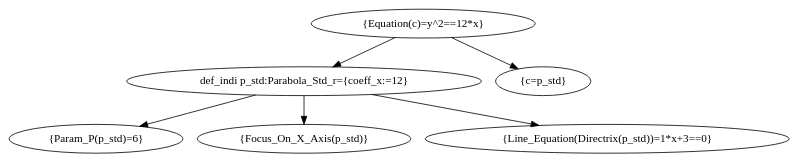
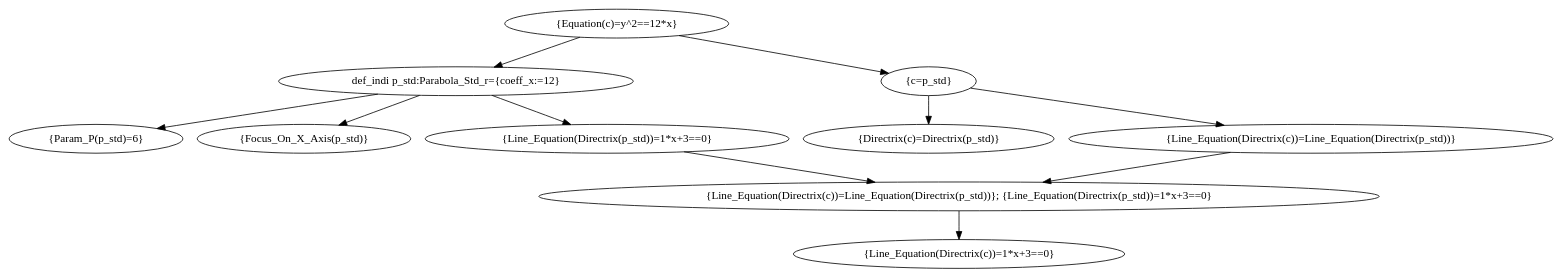
One commit to trapped-beast/KE_Reasoning_Engine changed the diagram in reasoning_engine/all_progress.dot. Above: the diagram before and after it, drawn with Graphviz. The commit also changed 16 other files, not shown here.

```diff
--- a/reasoning_engine/all_progress.dot
+++ b/reasoning_engine/all_progress.dot
@@ -1,27 +1,44 @@
 digraph all_progress {
-	graph [bb="0,0,788.88,180"];
+	graph [bb="0,0,1548.6,324"];
 	node [label="\N"];
 	"{Equation(c)=y^2==12*x}"	[height=0.5,
-		pos="424.44,162",
+		pos="616.44,306",
 		width=2.997];
 	"def_indi p_std:Parabola_Std_r={coeff_x:=12}"	[height=0.5,
-		pos="303.44,90",
+		pos="457.44,234",
 		width=4.8746];
-	"{Equation(c)=y^2==12*x}" -> "def_indi p_std:Parabola_Std_r={coeff_x:=12}"	[pos="e,333.03,108.12 395.46,144.23 379.68,135.1 359.93,123.68 342.78,113.76"];
+	"{Equation(c)=y^2==12*x}" -> "def_indi p_std:Parabola_Std_r={coeff_x:=12}"	[pos="e,496.06,252 579.56,288.76 557.85,279.2 530.1,266.99 506.55,256.62"];
 	"{c=p_std}"	[height=0.5,
-		pos="545.44,90",
+		pos="929.44,234",
 		width=1.336];
-	"{Equation(c)=y^2==12*x}" -> "{c=p_std}"	[pos="e,519.98,105.73 453.42,144.23 470.45,134.38 492.1,121.86 510.12,111.43"];
+	"{Equation(c)=y^2==12*x}" -> "{c=p_std}"	[pos="e,888.85,244.08 679.03,291 737.32,277.97 823.2,258.76 877.72,246.57"];
 	"{Param_P(p_std)=6}"	[height=0.5,
-		pos="86.442,18",
+		pos="86.442,162",
 		width=2.4012];
-	"def_indi p_std:Parabola_Std_r={coeff_x:=12}" -> "{Param_P(p_std)=6}"	[pos="e,131.86,33.65 251.74,72.322 218.82,61.704 176.19,47.952 142.47,37.074"];
+	"def_indi p_std:Parabola_Std_r={coeff_x:=12}" -> "{Param_P(p_std)=6}"	[pos="e,148.98,174.8 376.02,217.64 311.67,205.5 222.6,188.69 160.29,176.93"];
 	"{Focus_On_X_Axis(p_std)}"	[height=0.5,
-		pos="303.44,18",
+		pos="303.44,162",
 		width=3.1233];
-	"def_indi p_std:Parabola_Std_r={coeff_x:=12}" -> "{Focus_On_X_Axis(p_std)}"	[pos="e,303.44,36.104 303.44,71.697 303.44,64.407 303.44,55.726 303.44,47.536"];
+	"def_indi p_std:Parabola_Std_r={coeff_x:=12}" -> "{Focus_On_X_Axis(p_std)}"	[pos="e,339.58,179.43 420.16,216.05 399.03,206.45 372.4,194.34 349.92,184.12"];
 	"{Line_Equation(Directrix(p_std))=1*x+3==0}"	[height=0.5,
-		pos="611.44,18",
+		pos="611.44,162",
 		width=4.9287];
-	"def_indi p_std:Parabola_Std_r={coeff_x:=12}" -> "{Line_Equation(Directrix(p_std))=1*x+3==0}"	[pos="e,541.3,34.942 373.33,73.116 419.93,62.525 481.35,48.566 530.14,37.478"];
+	"def_indi p_std:Parabola_Std_r={coeff_x:=12}" -> "{Line_Equation(Directrix(p_std))=1*x+3==0}"	[pos="e,573.97,180.03 494.72,216.05 515.47,206.62 541.52,194.78 563.74,184.68"];
+	"{Directrix(c)=Directrix(p_std)}"	[height=0.5,
+		pos="929.44,162",
+		width=3.4122];
+	"{c=p_std}" -> "{Directrix(c)=Directrix(p_std)}"	[pos="e,929.44,180.1 929.44,215.7 929.44,208.41 929.44,199.73 929.44,191.54"];
+	"{Line_Equation(Directrix(c))=Line_Equation(Directrix(p_std))}"	[height=0.5,
+		pos="1309.4,162",
+		width=6.6439];
+	"{c=p_std}" -> "{Line_Equation(Directrix(c))=Line_Equation(Directrix(p_std))}"	[pos="e,1221.7,179.16 971.93,225.17 1029.2,214.62 1133.1,195.49 1210.5,181.23"];
+	"{Line_Equation(Directrix(c))=Line_Equation(Directrix(p_std))}; {Line_Equation(Directrix(p_std))=1*x+3==0}"	[height=0.5,
+		pos="960.44,90",
+		width=11.41];
+	"{Line_Equation(Directrix(p_std))=1*x+3==0}" -> "{Line_Equation(Directrix(c))=Line_Equation(Directrix(p_std))}; {Line_Equation(Directrix(p_std))=1*x+3==0}"	[pos="e,875.46,108.04 689.33,145.38 741.02,135.01 809.21,121.33 864.28,110.29"];
+	"{Line_Equation(Directrix(c))=Line_Equation(Directrix(p_std))}" -> "{Line_Equation(Directrix(c))=Line_Equation(Directrix(p_std))}; {Line_Equation(Directrix(p_std))=1*x+3==0}"	[pos="e,1045.6,108.08 1228.1,144.68 1176.9,134.42 1110.7,121.13 1056.9,110.34"];
+	"{Line_Equation(Directrix(c))=1*x+3==0}"	[height=0.5,
+		pos="960.44,18",
+		width=4.5135];
+	"{Line_Equation(Directrix(c))=Line_Equation(Directrix(p_std))}; {Line_Equation(Directrix(p_std))=1*x+3==0}" -> "{Line_Equation(Directrix(c))=1*x+3==0}"	[pos="e,960.44,36.104 960.44,71.697 960.44,64.407 960.44,55.726 960.44,47.536"];
 }
```
